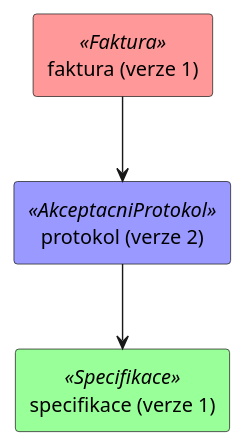
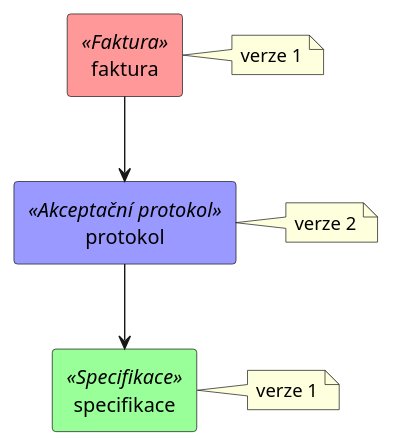
The second of 6 diagrams in doc/spec.adoc (techlib/spis), drawn with PlantUML before and after one commit. The commit also changed other lines of this file, not shown here.

```diff
--- a/doc/spec.adoc
+++ b/doc/spec.adoc
@@ -75,11 +75,15 @@
 [plantuml,align="center"]
 ....
 @startuml
-rectangle "faktura (verze 1)" as faktura <<Faktura>> #ff9999
-rectangle "protokol (verze 2)" as protokol <<AkceptacniProtokol>> #9999ff
-rectangle "specifikace (verze 1)" as specifikace <<Specifikace>> #99ff99
+rectangle "faktura" <<Faktura>> #ff9999
+rectangle "protokol" <<Akceptační protokol>> #9999ff
+rectangle "specifikace" <<Specifikace>> #99ff99
 
 faktura -d-> protokol
 protokol -d-> specifikace
+
+note right of faktura: verze 1
+note right of protokol: verze 2
+note right of specifikace: verze 1
 @enduml
 ....
```
